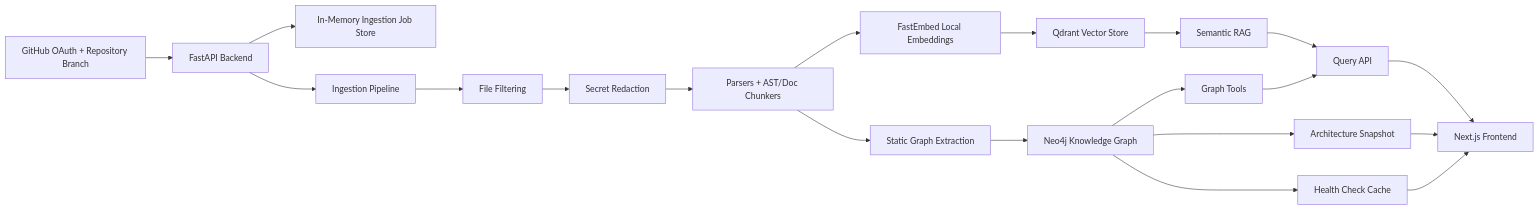
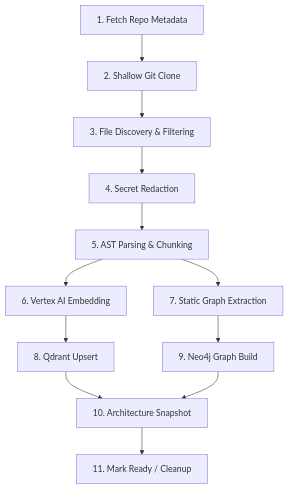
One commit to sktmbtkr01/Cortex-GraphRAG-Code-Intelligence-Platform changed the second of 2 diagrams in README.md. Above: the diagram before and after it, drawn with Mermaid. The commit also changed other lines of this file and 5 other files, not shown here.

````diff
--- a/README.md
+++ b/README.md
@@ -34,22 +173,14 @@
 ```mermaid
-flowchart LR
-    GitHub["GitHub OAuth + Repository Branch"] --> API["FastAPI Backend"]
-    API --> Jobs["In-Memory Ingestion Job Store"]
-    API --> Ingestion["Ingestion Pipeline"]
-    Ingestion --> Filter["File Filtering"]
-    Filter --> Redaction["Secret Redaction"]
-    Redaction --> Parsers["Parsers + AST/Doc Chunkers"]
-    Parsers --> Embeddings["FastEmbed Local Embeddings"]
-    Embeddings --> Qdrant["Qdrant Vector Store"]
-    Parsers --> StaticGraph["Static Graph Extraction"]
-    StaticGraph --> Neo4j["Neo4j Knowledge Graph"]
-    Qdrant --> RAG["Semantic RAG"]
-    Neo4j --> Tools["Graph Tools"]
-    RAG --> QueryAPI["Query API"]
-    Tools --> QueryAPI
-    Neo4j --> Snapshot["Architecture Snapshot"]
-    Neo4j --> Health["Health Check Cache"]
-    QueryAPI --> UI["Next.js Frontend"]
-    Snapshot --> UI
-    Health --> UI
+flowchart TD
+    A["1. Fetch Repo Metadata"] --> B["2. Shallow Git Clone"]
+    B --> C["3. File Discovery & Filtering"]
+    C --> D["4. Secret Redaction"]
+    D --> E["5. AST Parsing & Chunking"]
+    E --> F["6. Vertex AI Embedding"]
+    E --> G["7. Static Graph Extraction"]
+    F --> H["8. Qdrant Upsert"]
+    G --> I["9. Neo4j Graph Build"]
+    H --> J["10. Architecture Snapshot"]
+    I --> J
+    J --> K["11. Mark Ready / Cleanup"]
 ```
````
